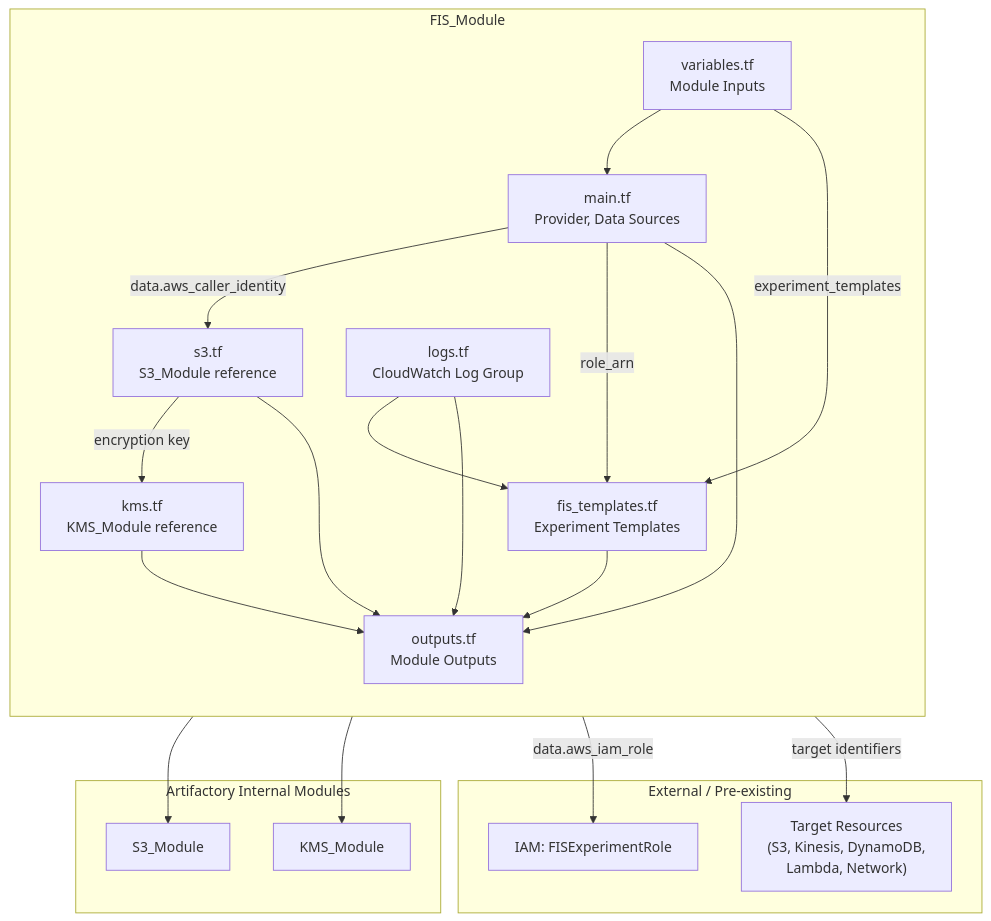
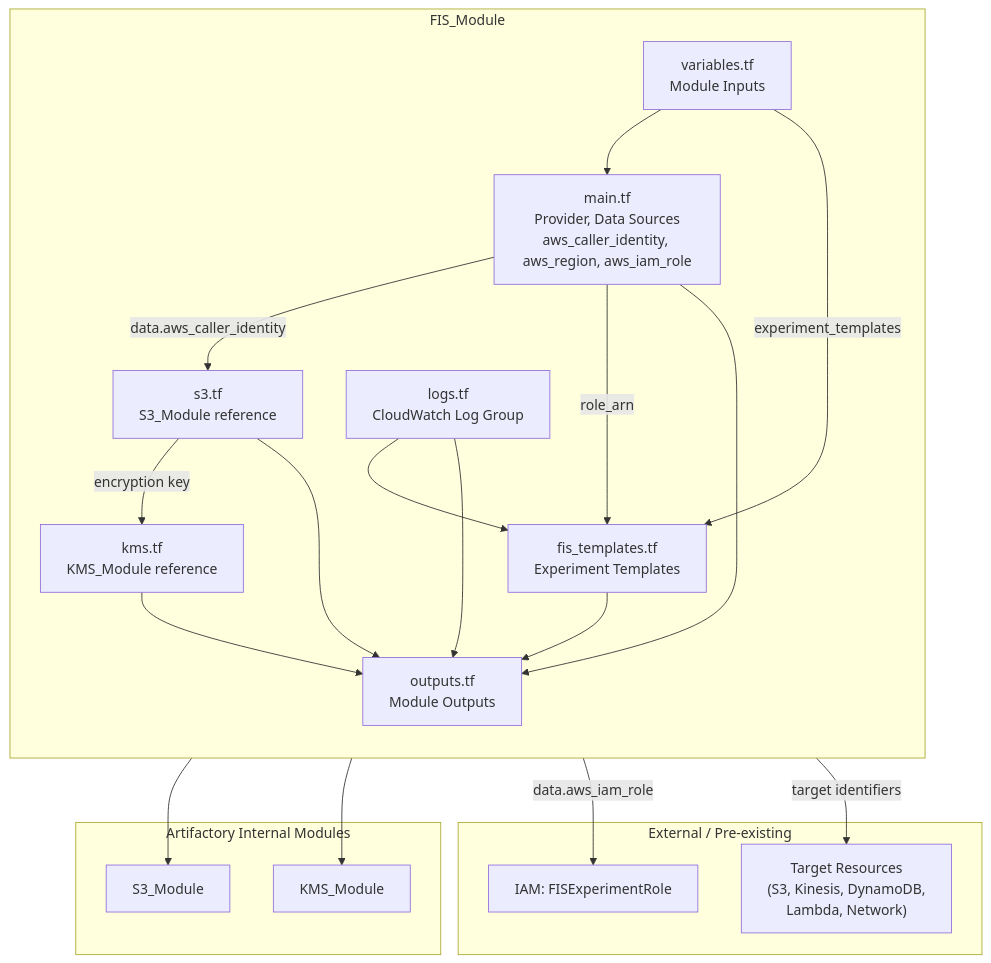
Before and after one commit to codengsht/aws-tf-fis-module: the first of 3 diagrams in .kiro/specs/aws-fis-terraform-module/design.md, drawn with Mermaid. The commit also changed other lines of this file and 8 other files, not shown here.

````diff
--- a/.kiro/specs/aws-fis-terraform-module/design.md
+++ b/.kiro/specs/aws-fis-terraform-module/design.md
@@ -31,39 +76,39 @@
 ```mermaid
 graph TD
     subgraph "FIS_Module"
         direction TB
         VARS[variables.tf<br/>Module Inputs]
-        MAIN[main.tf<br/>Provider, Data Sources]
+        MAIN[main.tf<br/>Provider, Data Sources<br/>aws_caller_identity, aws_region, aws_iam_role]
         KMS[kms.tf<br/>KMS_Module reference]
         S3[s3.tf<br/>S3_Module reference]
         LOGS[logs.tf<br/>CloudWatch Log Group]
         FIS[fis_templates.tf<br/>Experiment Templates]
         OUT[outputs.tf<br/>Module Outputs]
     end
 
     subgraph "External / Pre-existing"
         IAM_ROLE["IAM: FISExperimentRole"]
         TARGETS["Target Resources<br/>(S3, Kinesis, DynamoDB,<br/>Lambda, Network)"]
     end
 
     subgraph "Artifactory Internal Modules"
         S3_MOD["S3_Module"]
         KMS_MOD["KMS_Module"]
     end
 
     VARS --> MAIN
     MAIN -->|data.aws_iam_role| IAM_ROLE
     MAIN -->|data.aws_caller_identity| S3
     KMS --> KMS_MOD
     S3 --> S3_MOD
     S3 -->|encryption key| KMS
     LOGS --> FIS
     MAIN -->|role_arn| FIS
     VARS -->|experiment_templates| FIS
     VARS -->|target identifiers| TARGETS
     FIS --> OUT
     S3 --> OUT
     KMS --> OUT
     LOGS --> OUT
     MAIN --> OUT
 ```
````
